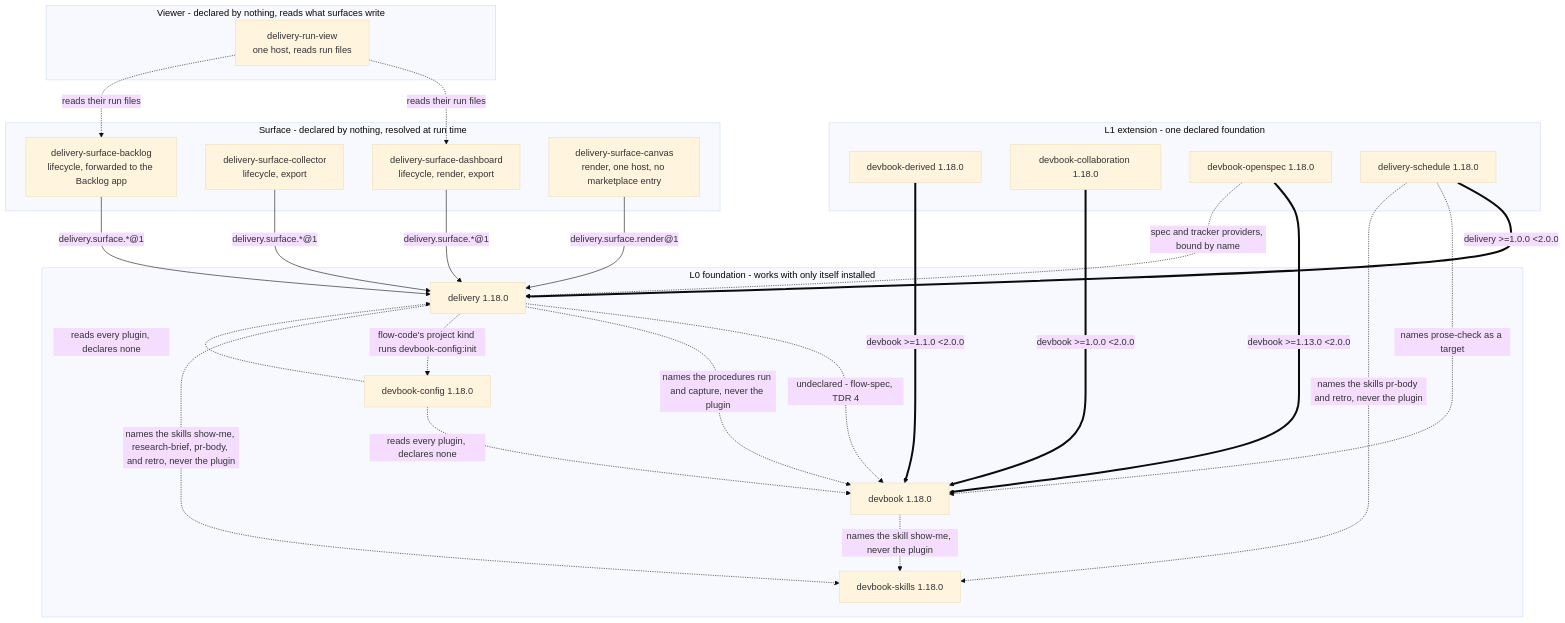
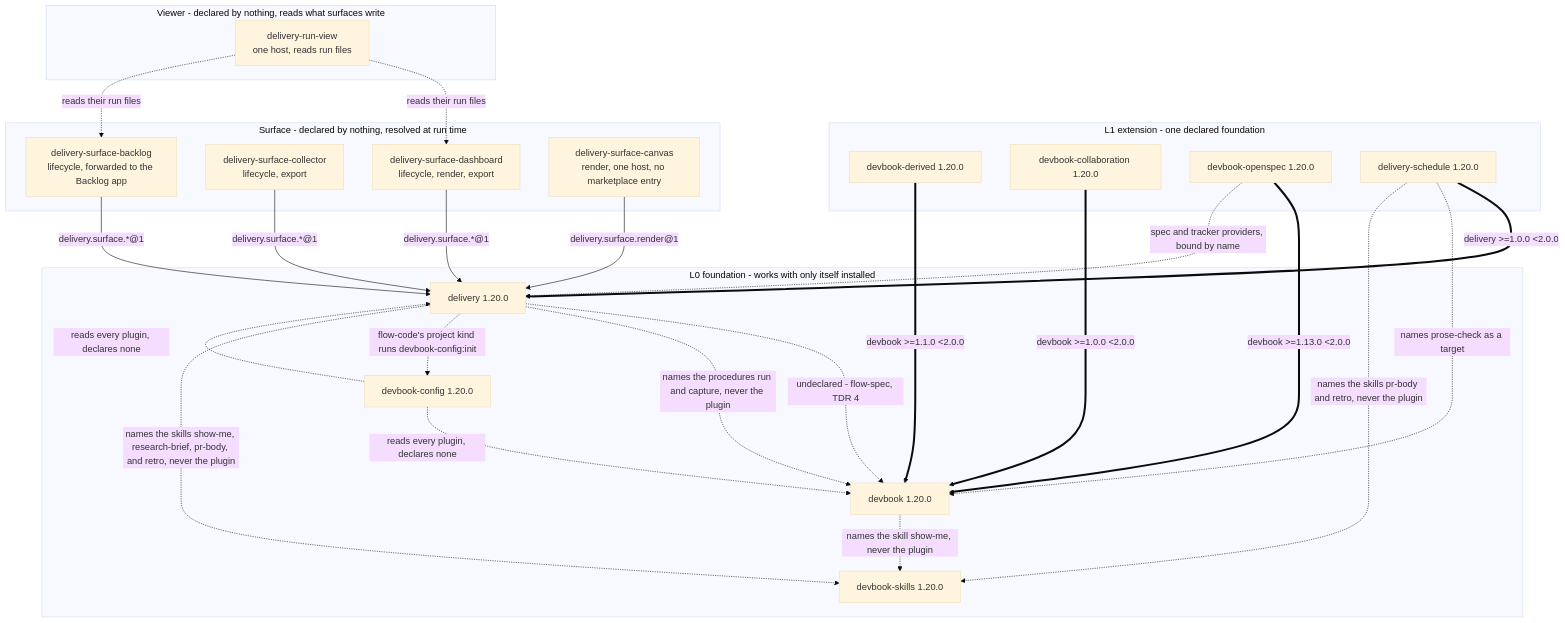
One commit to JSdotNet/ai-agent-stack changed the first of 3 diagrams in .devbook/arc42/05-building-block-view.md. Above: the diagram before and after it, drawn with Mermaid (base theme). The commit also changed 26 other files, not shown here.

````diff
--- a/.devbook/arc42/05-building-block-view.md
+++ b/.devbook/arc42/05-building-block-view.md
@@ -29,50 +29,50 @@
 ```mermaid
 flowchart TB
     subgraph L0["L0 foundation - works with only itself installed"]
-        DEV["devbook 1.18.0"]
-        DEL["delivery 1.18.0"]
-        CFG["devbook-config 1.18.0"]
-        SKL["devbook-skills 1.18.0"]
+        DEV["devbook 1.20.0"]
+        DEL["delivery 1.20.0"]
+        CFG["devbook-config 1.20.0"]
+        SKL["devbook-skills 1.20.0"]
     end
 
     subgraph L1["L1 extension - one declared foundation"]
-        DBD["devbook-derived 1.18.0"]
-        DBC["devbook-collaboration 1.18.0"]
-        DOS["devbook-openspec 1.18.0"]
-        SCH["delivery-schedule 1.18.0"]
+        DBD["devbook-derived 1.20.0"]
+        DBC["devbook-collaboration 1.20.0"]
+        DOS["devbook-openspec 1.20.0"]
+        SCH["delivery-schedule 1.20.0"]
     end
 
     subgraph SURF["Surface - declared by nothing, resolved at run time"]
         SD["delivery-surface-dashboard<br/>lifecycle, render, export"]
         SL["delivery-surface-collector<br/>lifecycle, export"]
         SB["delivery-surface-backlog<br/>lifecycle, forwarded to the Backlog app"]
         SC["delivery-surface-canvas<br/>render, one host, no marketplace entry"]
     end
 
     subgraph VIEW["Viewer - declared by nothing, reads what surfaces write"]
         RV["delivery-run-view<br/>one host, reads run files"]
     end
 
     DBD ==>|"devbook >=1.1.0 &lt;2.0.0"| DEV
     DBC ==>|"devbook >=1.0.0 &lt;2.0.0"| DEV
     DOS ==>|"devbook >=1.13.0 &lt;2.0.0"| DEV
     SCH ==>|"delivery >=1.0.0 &lt;2.0.0"| DEL
 
     SD -->|"delivery.surface.*@1"| DEL
     SL -->|"delivery.surface.*@1"| DEL
     SB -->|"delivery.surface.*@1"| DEL
     SC -->|"delivery.surface.render@1"| DEL
     RV -.->|"reads their run files"| SD
     RV -.->|"reads their run files"| SB
 
     SCH -.->|"names prose-check as a target"| DEV
     DEL -.->|"undeclared - flow-spec, TDR 4"| DEV
     DEL -.->|"names the procedures run and capture, never the plugin"| DEV
     CFG -.->|"reads every plugin, declares none"| DEV
     CFG -.->|"reads every plugin, declares none"| DEL
     DEL -.->|"flow-code's project kind runs devbook-config:init"| CFG
     DOS -.->|"spec and tracker providers, bound by name"| DEL
     DEV -.->|"names the skill show-me, never the plugin"| SKL
     DEL -.->|"names the skills show-me, research-brief, pr-body, and retro, never the plugin"| SKL
     SCH -.->|"names the skills pr-body and retro, never the plugin"| SKL
 ```
````
